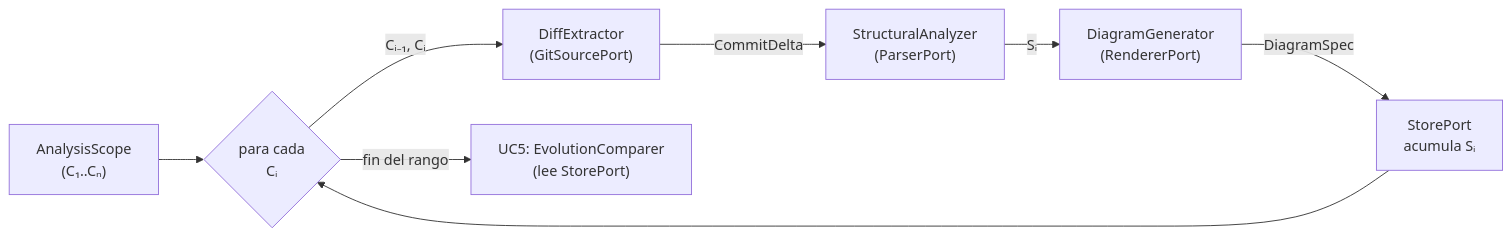
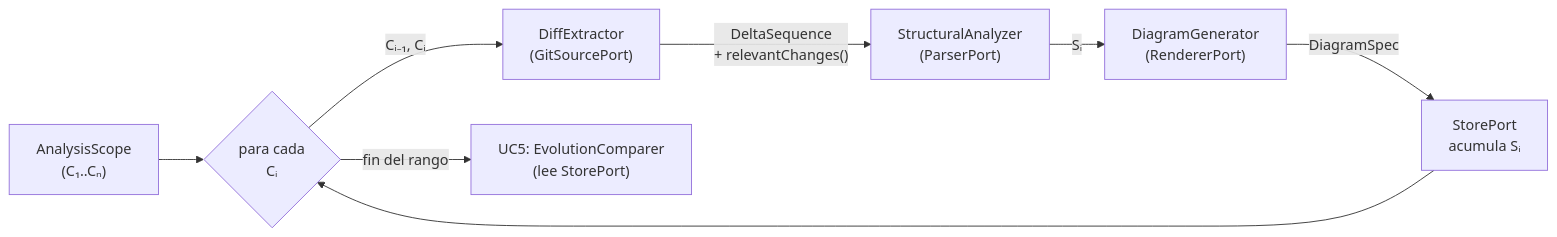
One commit to van2015/DDV changed the third of 3 diagrams in docs/architecture.md. Above: the diagram before and after it, drawn with Mermaid. The commit also changed other lines of this file and 3 other files, not shown here.

````diff
--- a/docs/architecture.md
+++ b/docs/architecture.md
@@ -122,10 +122,10 @@
 ```mermaid
 flowchart LR
     S["AnalysisScope<br/>(C₁..Cₙ)"] --> L{"para cada<br/>Cᵢ"}
     L -->|"Cᵢ₋₁, Cᵢ"| D["DiffExtractor<br/>(GitSourcePort)"]
-    D -->|"CommitDelta"| A["StructuralAnalyzer<br/>(ParserPort)"]
+    D -->|"DeltaSequence<br/>+ relevantChanges()"| A["StructuralAnalyzer<br/>(ParserPort)"]
     A -->|"Sᵢ"| G["DiagramGenerator<br/>(RendererPort)"]
     G -->|"DiagramSpec"| ST["StorePort<br/>acumula Sᵢ"]
     ST --> L
     L -->|"fin del rango"| R["UC5: EvolutionComparer<br/>(lee StorePort)"]
 ```
````
